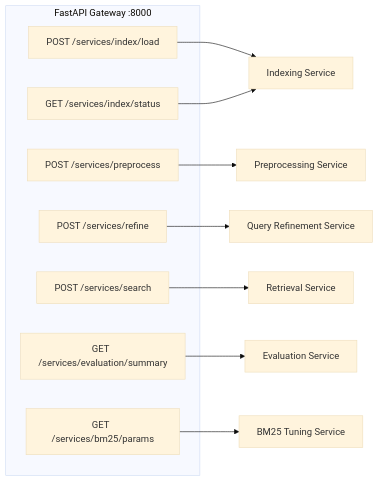
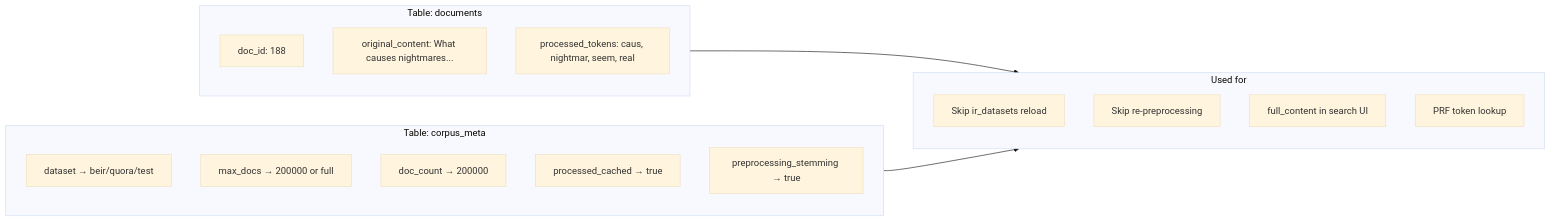
Before and after one commit to Wass76/IR-2026-project: the third of 13 diagrams in docs/Architecture_Diagram.md, drawn with Mermaid (base theme). The commit also changed other lines of this file, not shown here.

Commit message:
edit IR Project 2026 — System Diagrams

````diff
--- a/docs/Architecture_Diagram.md
+++ b/docs/Architecture_Diagram.md
@@ -84,20 +99,26 @@
 ```mermaid
 flowchart LR
-    subgraph Gateway["FastAPI Gateway :8000"]
-        E1["POST /services/index/load"]
-        E2["GET  /services/index/status"]
-        E3["POST /services/preprocess"]
-        E4["POST /services/refine"]
-        E5["POST /services/search"]
-        E6["GET  /services/evaluation/summary"]
-        E7["GET  /services/bm25/params"]
+    subgraph documents_table["Table: documents"]
+        D1["doc_id: 188"]
+        D2["original_content: What causes nightmares..."]
+        D3["processed_tokens: caus, nightmar, seem, real"]
     end
 
-    E1 --> IDX["Indexing Service"]
-    E2 --> IDX
-    E3 --> PRE["Preprocessing Service"]
-    E4 --> REF["Query Refinement Service"]
-    E5 --> RET["Retrieval Service"]
-    E6 --> EVAL["Evaluation Service"]
-    E7 --> TUNE["BM25 Tuning Service"]
+    subgraph meta_table["Table: corpus_meta"]
+        M1["dataset → beir/quora/test"]
+        M2["max_docs → 200000 or full"]
+        M3["doc_count → 200000"]
+        M4["processed_cached → true"]
+        M5["preprocessing_stemming → true"]
+    end
+
+    subgraph usage["Used for"]
+        U1["Skip ir_datasets reload"]
+        U2["Skip re-preprocessing"]
+        U3["full_content in search UI"]
+        U4["PRF token lookup"]
+    end
+
+    documents_table --> usage
+    meta_table --> usage
 ```
````
